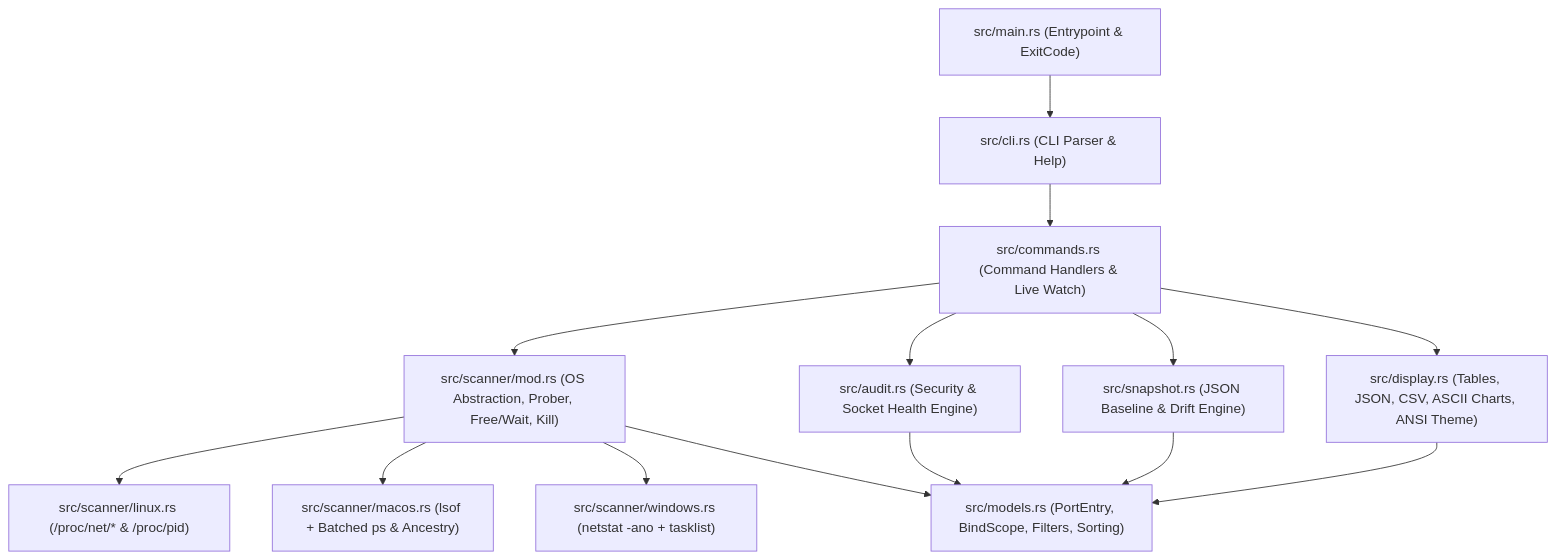
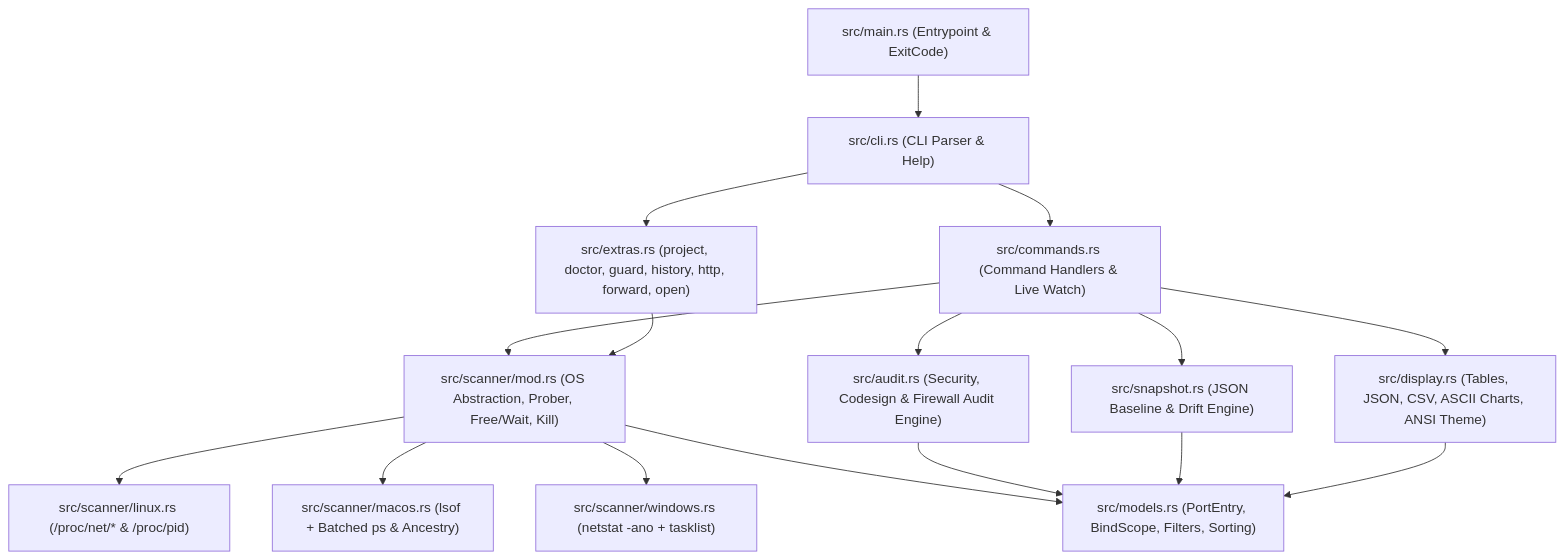
Before and after one commit to efekanbahceci/clous: the diagram in README.md, drawn with Mermaid. The commit also changed other lines of this file and 29 other files, not shown here.

````diff
--- a/README.md
+++ b/README.md
@@ -76,16 +86,18 @@
 ```mermaid
 flowchart TD
     A["src/main.rs (Entrypoint & ExitCode)"] --> B["src/cli.rs (CLI Parser & Help)"]
     B --> C["src/commands.rs (Command Handlers & Live Watch)"]
+    B --> X["src/extras.rs (project, doctor, guard, history, http, forward, open)"]
     C --> D["src/scanner/mod.rs (OS Abstraction, Prober, Free/Wait, Kill)"]
     D --> D1["src/scanner/linux.rs (/proc/net/* & /proc/pid)"]
     D --> D2["src/scanner/macos.rs (lsof + Batched ps & Ancestry)"]
     D --> D3["src/scanner/windows.rs (netstat -ano + tasklist)"]
-    C --> E["src/audit.rs (Security & Socket Health Engine)"]
+    C --> E["src/audit.rs (Security, Codesign & Firewall Audit Engine)"]
     C --> F["src/snapshot.rs (JSON Baseline & Drift Engine)"]
     C --> G["src/display.rs (Tables, JSON, CSV, ASCII Charts, ANSI Theme)"]
     D --> H["src/models.rs (PortEntry, BindScope, Filters, Sorting)"]
     E --> H
     F --> H
     G --> H
+    X --> D
 ```
````
